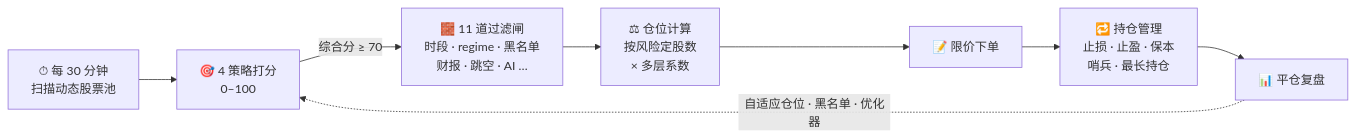
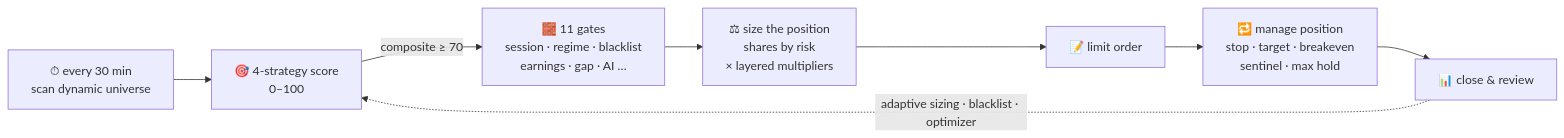
Before and after one commit to ethan6945/MooTrader: the second of 2 diagrams in README.md, drawn with Mermaid. The commit also changed other lines of this file and 4 other files, not shown here.

````diff
--- a/README.md
+++ b/README.md
@@ -293,10 +298,10 @@
 ```mermaid
 flowchart LR
-    A["⏱ 每 30 分钟<br/>扫描动态股票池"] --> B["🎯 4 策略打分<br/>0–100"]
-    B -->|"综合分 ≥ 70"| C["🧱 11 道过滤闸<br/>时段 · regime · 黑名单<br/>财报 · 跳空 · AI …"]
-    C --> D["⚖ 仓位计算<br/>按风险定股数<br/>× 多层系数"]
-    D --> E["📝 限价下单"]
-    E --> F["🔁 持仓管理<br/>止损 · 止盈 · 保本<br/>哨兵 · 最长持仓"]
-    F --> G["📊 平仓复盘"]
-    G -.->|"自适应仓位 · 黑名单 · 优化器"| B
+    A["⏱ every 30 min<br/>scan dynamic universe"] --> B["🎯 4-strategy score<br/>0–100"]
+    B -->|"composite ≥ 70"| C["🧱 11 gates<br/>session · regime · blacklist<br/>earnings · gap · AI …"]
+    C --> D["⚖ size the position<br/>shares by risk<br/>× layered multipliers"]
+    D --> E["📝 limit order"]
+    E --> F["🔁 manage position<br/>stop · target · breakeven<br/>sentinel · max hold"]
+    F --> G["📊 close & review"]
+    G -.->|"adaptive sizing · blacklist · optimizer"| B
 ```
````
